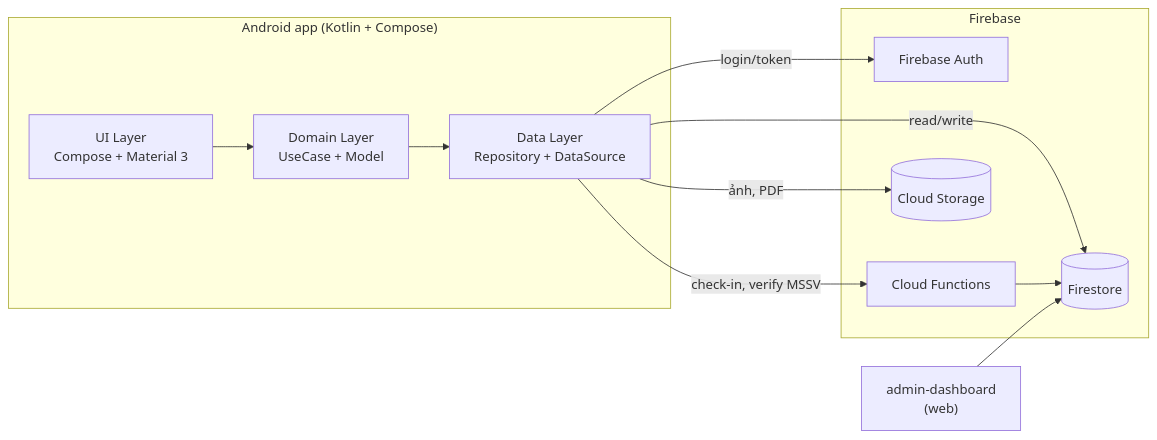
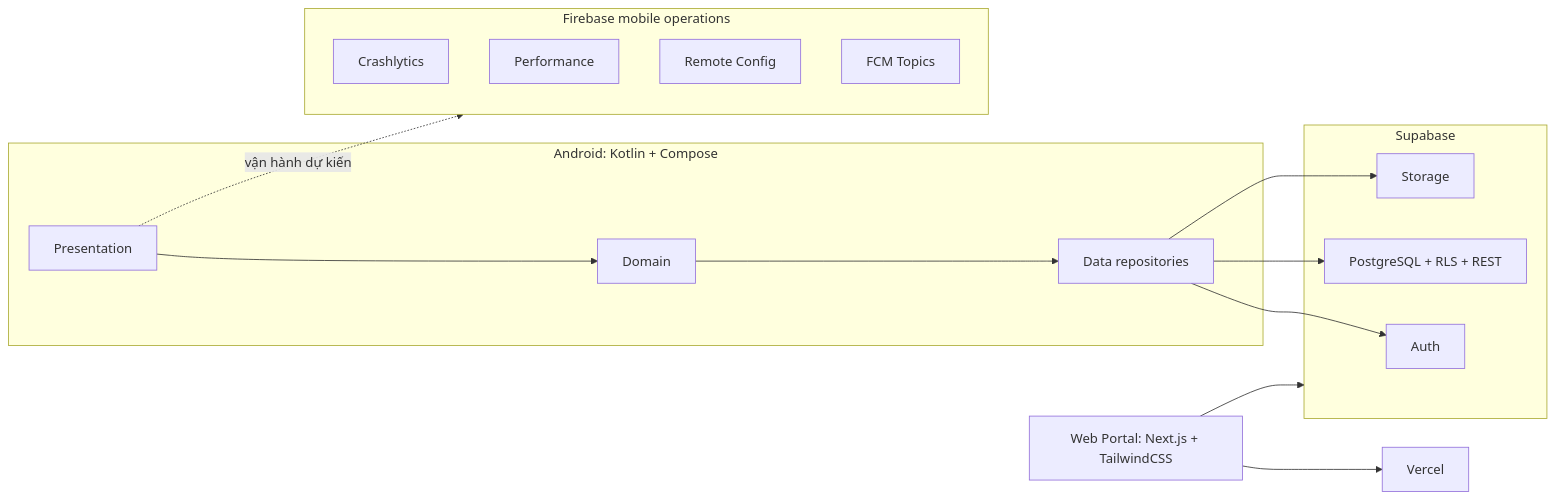
The second of 3 diagrams in README.md (ThinhNguyen2005/UTH-Connect), drawn with Mermaid before and after one commit. The commit also changed other lines of this file and 26 other files, not shown here.

````diff
--- a/README.md
+++ b/README.md
@@ -403,23 +388,23 @@
 ```mermaid
 flowchart LR
-  subgraph Client["Android app (Kotlin + Compose)"]
-    UI["UI Layer<br/>Compose + Material 3"]
-    DM["Domain Layer<br/>UseCase + Model"]
-    DS["Data Layer<br/>Repository + DataSource"]
+  subgraph Client["Android: Kotlin + Compose"]
+    UI["Presentation"] --> Domain["Domain"] --> Data["Data repositories"]
   end
-  subgraph Backend["Firebase"]
-    FS[("Firestore")]
-    AU["Firebase Auth"]
-    ST[("Cloud Storage")]
-    CF["Cloud Functions"]
+  subgraph Supabase["Supabase"]
+    Auth["Auth"]
+    API["PostgreSQL + RLS + REST"]
+    Storage["Storage"]
   end
-  ADM["admin-dashboard<br/>(web)"]
-
-  UI --> DM --> DS
-  DS -->|login/token| AU
-  DS -->|read/write| FS
-  DS -->|ảnh, PDF| ST
-  DS -->|check-in, verify MSSV| CF
-  ADM --> FS
-  CF --> FS
+  subgraph Firebase["Firebase mobile operations"]
+    Crash["Crashlytics"]
+    Perf["Performance"]
+    Remote["Remote Config"]
+    FCM["FCM Topics"]
+  end
+  Web["Web Portal: Next.js + TailwindCSS"] --> Vercel["Vercel"]
+  Data --> Auth
+  Data --> API
+  Data --> Storage
+  UI -. vận hành dự kiến .-> Firebase
+  Web --> Supabase
 ```
````
